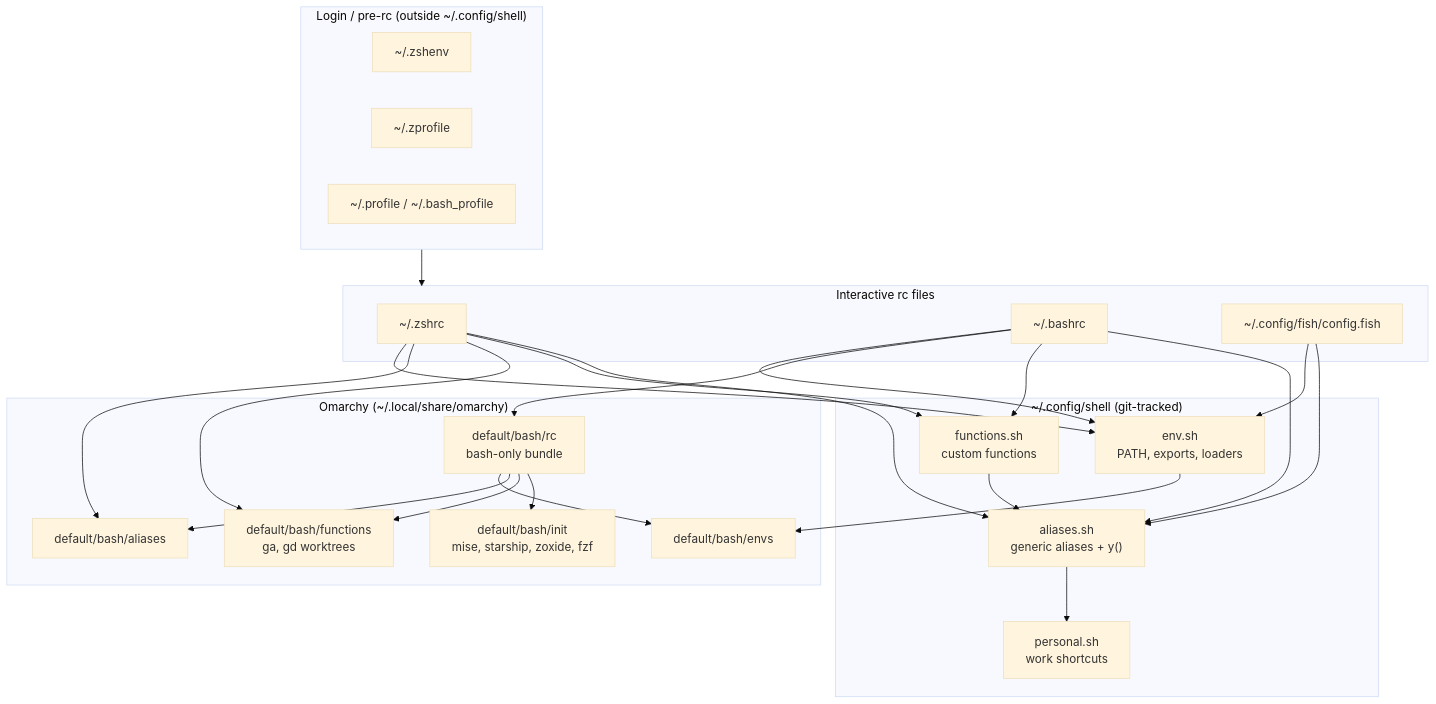
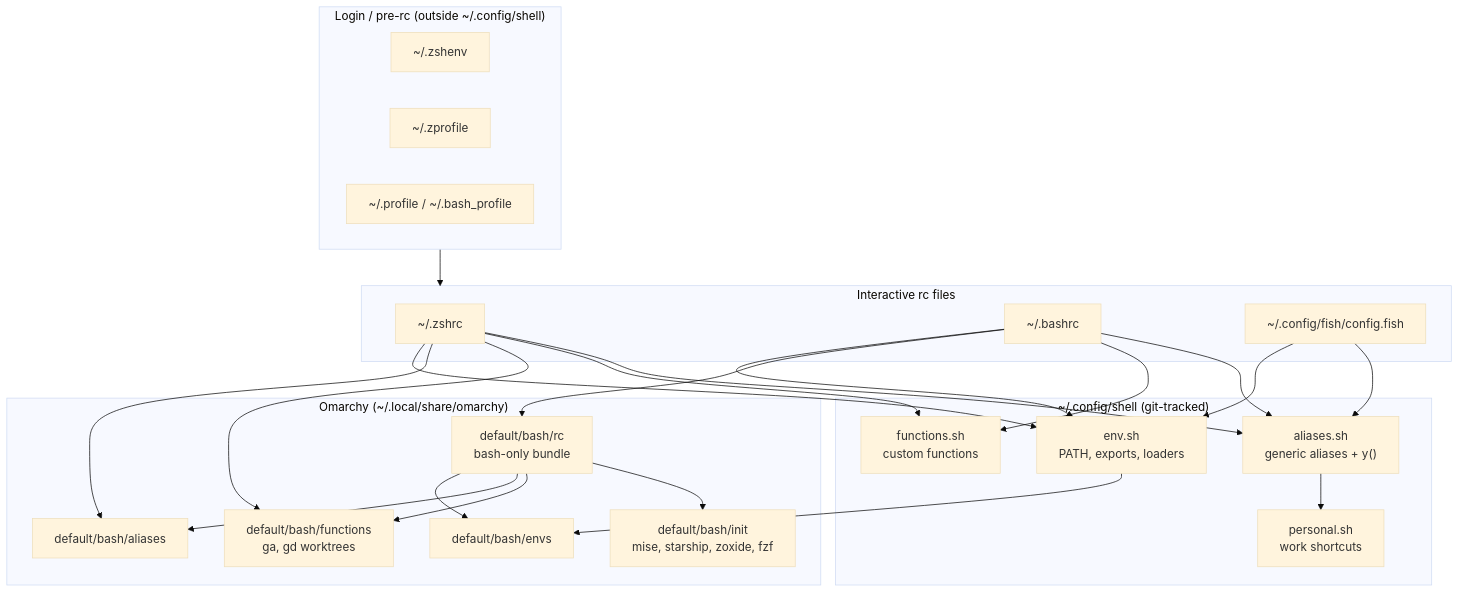
Before and after one commit to p10ns11y/shellyxz.sh: the first of 11 diagrams in shell.md, drawn with Mermaid (base theme). The commit also changed other lines of this file and 1 other file, not shown here.

````diff
--- a/shell.md
+++ b/shell.md
@@ -11,51 +13,50 @@
 ```mermaid
 flowchart TB
     subgraph login["Login / pre-rc (outside ~/.config/shell)"]
         zshenv["~/.zshenv"]
         zprofile["~/.zprofile"]
         profile["~/.profile / ~/.bash_profile"]
     end
 
     subgraph core["~/.config/shell (git-tracked)"]
         env["env.sh<br/>PATH, exports, loaders"]
         aliases["aliases.sh<br/>generic aliases + y()"]
         personal["personal.sh<br/>work shortcuts"]
         functions["functions.sh<br/>custom functions"]
     end
 
     subgraph omarchy["Omarchy (~/.local/share/omarchy)"]
         oenvs["default/bash/envs"]
         oaliases["default/bash/aliases"]
         ofns["default/bash/functions<br/>ga, gd worktrees"]
         orc["default/bash/rc<br/>bash-only bundle"]
         oinit["default/bash/init<br/>mise, starship, zoxide, fzf"]
     end
 
     subgraph shells["Interactive rc files"]
         zshrc["~/.zshrc"]
         bashrc["~/.bashrc"]
         fishcfg["~/.config/fish/config.fish"]
     end
 
     login --> shells
     zshrc --> env
     bashrc --> env
     fishcfg --> env
 
     env --> oenvs
     zshrc --> oaliases
     zshrc --> ofns
     bashrc --> orc
     orc --> oenvs
     orc --> oaliases
     orc --> ofns
     orc --> oinit
 
     zshrc --> functions
     bashrc --> functions
-    functions --> aliases
-    aliases --> personal
     zshrc --> aliases
     bashrc --> aliases
+    aliases --> personal
     fishcfg --> aliases
 ```
````
